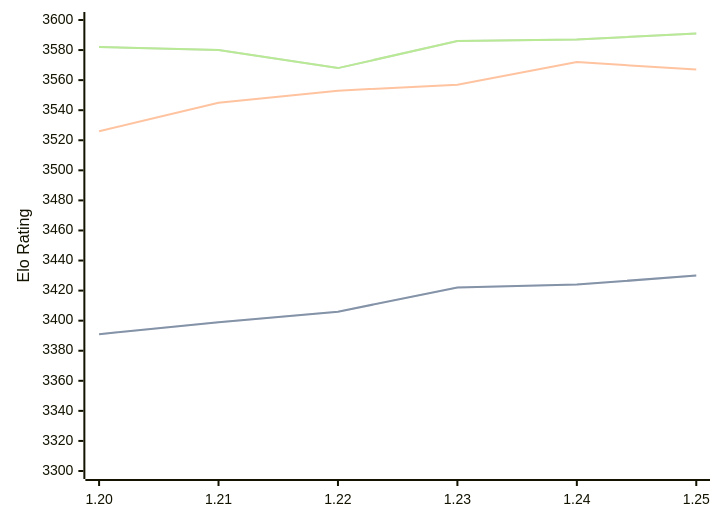
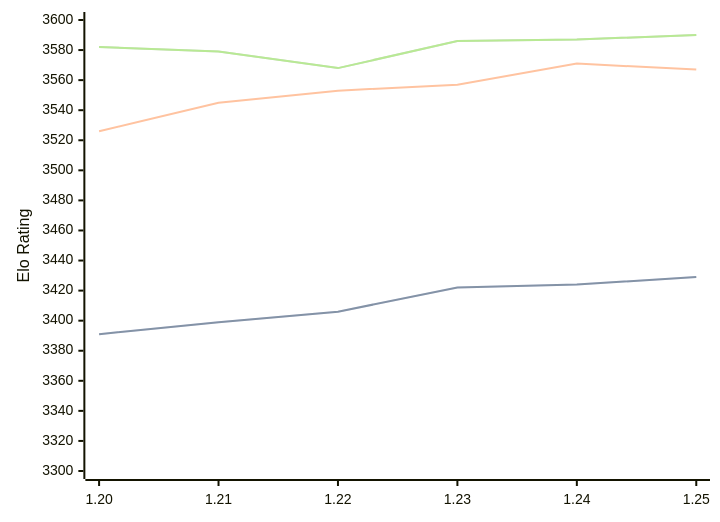
Before and after one commit to computer-chess-index/cci: the diagram in engines/Caissa.md, drawn with Mermaid. The commit also changed other lines of this file, not shown here.

Commit message:
Update CCI Ratings (ELO VLTC) - 2026-04-28

````diff
--- a/engines/Caissa.md
+++ b/engines/Caissa.md
@@ -65,11 +65,11 @@
 ```mermaid
 %%{init: {"theme":"base","themeVariables":{"seriesColors:['#a3a3a3','#222221','#faa371']}}}%%
 xychart-beta
   x-axis ["1.20", "1.21", "1.22", "1.23", "1.24", "1.25"]
   y-axis "Elo Rating" 3300 --> 3600
-  line "STC (8.0+0.08s)" [3391, 3399, 3406, 3422, 3424, 3430]
-  line "STC (8.0+0.08s)" [3391, 3399, 3406, 3422, 3424, 3430]
-  line "LTC (60.0+0.60s)" [3526, 3545, 3553, 3557, 3572, 3567]
-  line "VLTC (2m24s+1.12s)" [3582, 3580, 3568, 3586, 3587, 3591]
-  line "VLTC (2m24s+1.12s)" [3582, 3580, 3568, 3586, 3587, 3591]
+  line "STC (8.0+0.08s)" [3391, 3399, 3406, 3422, 3424, 3429]
+  line "STC (8.0+0.08s)" [3391, 3399, 3406, 3422, 3424, 3429]
+  line "LTC (60.0+0.60s)" [3526, 3545, 3553, 3557, 3571, 3567]
+  line "VLTC (2m24s+1.12s)" [3582, 3579, 3568, 3586, 3587, 3590]
+  line "VLTC (2m24s+1.12s)" [3582, 3579, 3568, 3586, 3587, 3590]
 ```
````
